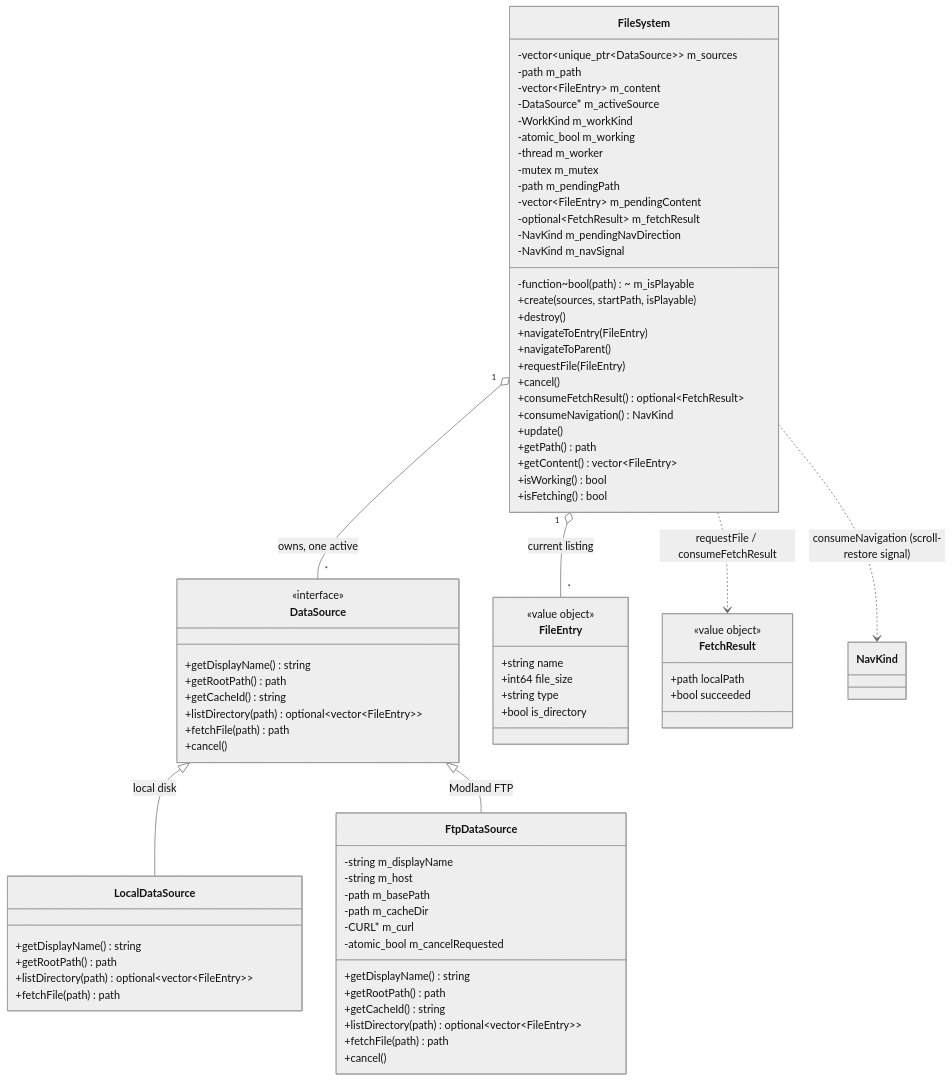
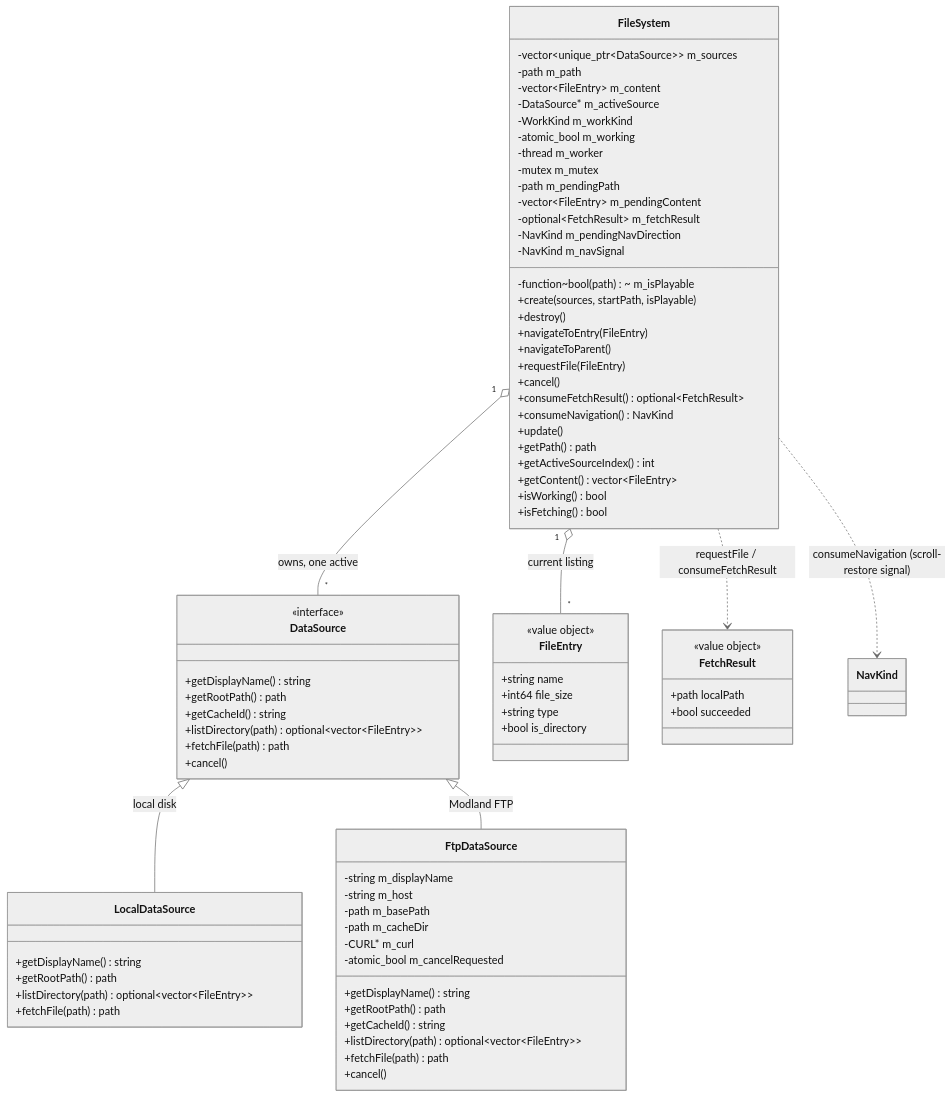
One commit to notnotme/osp2 changed the diagram in docs/filesystem.md. Above: the diagram before and after it, drawn with Mermaid (neutral theme). The commit also changed other lines of this file and 10 other files, not shown here.

```diff
--- a/docs/filesystem.md
+++ b/docs/filesystem.md
@@ -71,6 +71,7 @@
         +consumeNavigation() NavKind
         +update()
         +getPath() path
+        +getActiveSourceIndex() int
         +getContent() vector~FileEntry~
         +isWorking() bool
         +isFetching() bool
```
